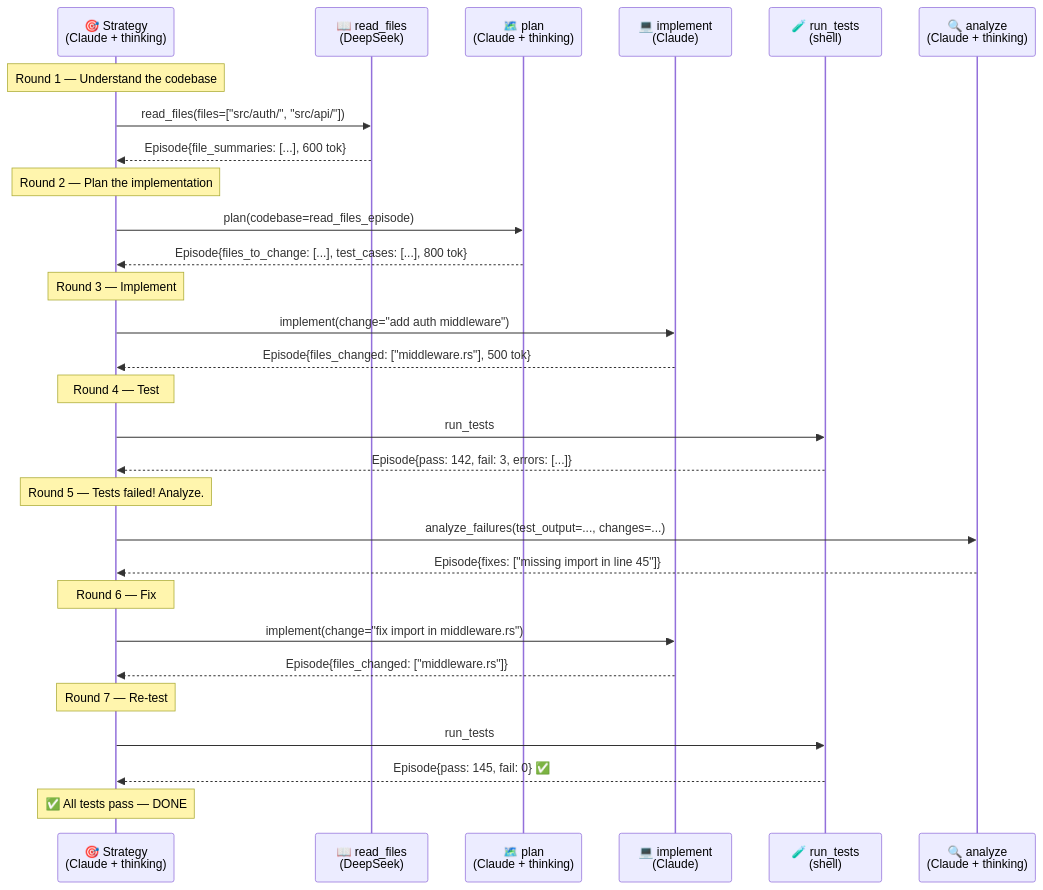
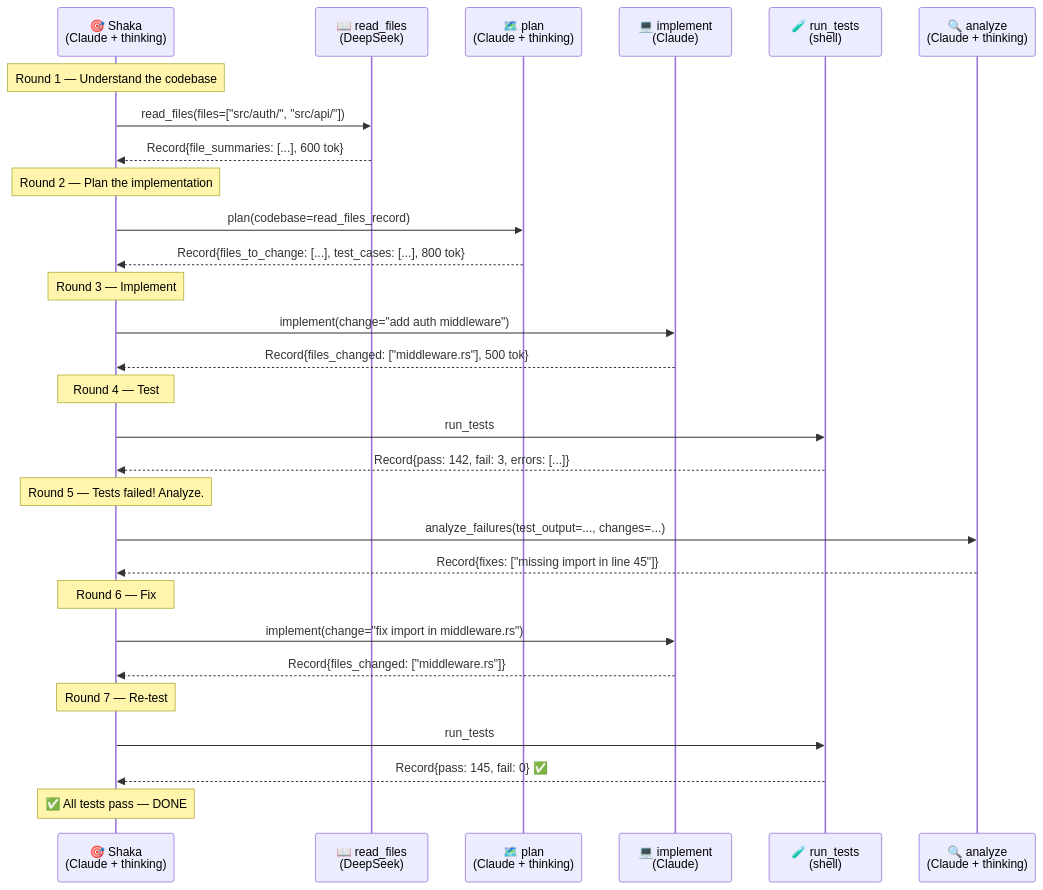
The third of 3 diagrams in docs/brainstorm/nika-evolution/09-use-cases-cookbook.md (supernovae-st/nika), drawn with Mermaid before and after one commit. The commit also changed other lines of this file and 12 other files, not shown here.

````diff
--- a/docs/brainstorm/nika-evolution/09-use-cases-cookbook.md
+++ b/docs/brainstorm/nika-evolution/09-use-cases-cookbook.md
@@ -730,39 +730,39 @@
 ```mermaid
 sequenceDiagram
-    participant S as 🎯 Strategy<br/>(Claude + thinking)
+    participant S as 🎯 Shaka<br/>(Claude + thinking)
     participant R as 📖 read_files<br/>(DeepSeek)
     participant P as 🗺️ plan<br/>(Claude + thinking)
     participant I as 💻 implement<br/>(Claude)
     participant T as 🧪 run_tests<br/>(shell)
     participant A as 🔍 analyze<br/>(Claude + thinking)
 
     Note over S: Round 1 — Understand the codebase
     S->>R: read_files(files=["src/auth/", "src/api/"])
-    R-->>S: Episode{file_summaries: [...], 600 tok}
+    R-->>S: Record{file_summaries: [...], 600 tok}
 
     Note over S: Round 2 — Plan the implementation
-    S->>P: plan(codebase=read_files_episode)
-    P-->>S: Episode{files_to_change: [...], test_cases: [...], 800 tok}
+    S->>P: plan(codebase=read_files_record)
+    P-->>S: Record{files_to_change: [...], test_cases: [...], 800 tok}
 
     Note over S: Round 3 — Implement
     S->>I: implement(change="add auth middleware")
-    I-->>S: Episode{files_changed: ["middleware.rs"], 500 tok}
+    I-->>S: Record{files_changed: ["middleware.rs"], 500 tok}
 
     Note over S: Round 4 — Test
     S->>T: run_tests
-    T-->>S: Episode{pass: 142, fail: 3, errors: [...]}
+    T-->>S: Record{pass: 142, fail: 3, errors: [...]}
 
     Note over S: Round 5 — Tests failed! Analyze.
     S->>A: analyze_failures(test_output=..., changes=...)
-    A-->>S: Episode{fixes: ["missing import in line 45"]}
+    A-->>S: Record{fixes: ["missing import in line 45"]}
 
     Note over S: Round 6 — Fix
     S->>I: implement(change="fix import in middleware.rs")
-    I-->>S: Episode{files_changed: ["middleware.rs"]}
+    I-->>S: Record{files_changed: ["middleware.rs"]}
 
     Note over S: Round 7 — Re-test
     S->>T: run_tests
-    T-->>S: Episode{pass: 145, fail: 0} ✅
+    T-->>S: Record{pass: 145, fail: 0} ✅
 
     Note over S: ✅ All tests pass — DONE
 ```
````
